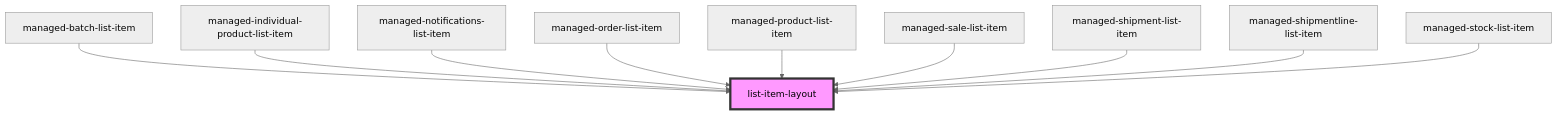
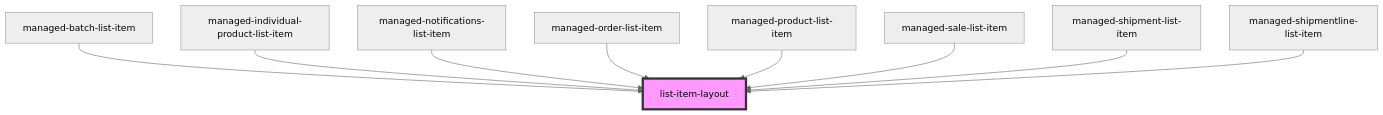
Before and after one commit to PharmaLedger-IMI/fgt-workspace: the diagram in pdm-web-components/src/components/list-item-layout/readme.md, drawn with Mermaid (neutral theme). The commit also changed other lines of this file and 4 other files, not shown here.

````diff
--- a/pdm-web-components/src/components/list-item-layout/readme.md
+++ b/pdm-web-components/src/components/list-item-layout/readme.md
@@ -34,13 +33,12 @@
 ```mermaid
 graph TD;
   managed-batch-list-item --> list-item-layout
   managed-individual-product-list-item --> list-item-layout
   managed-notifications-list-item --> list-item-layout
   managed-order-list-item --> list-item-layout
   managed-product-list-item --> list-item-layout
   managed-sale-list-item --> list-item-layout
   managed-shipment-list-item --> list-item-layout
   managed-shipmentline-list-item --> list-item-layout
-  managed-stock-list-item --> list-item-layout
   style list-item-layout fill:#f9f,stroke:#333,stroke-width:4px
 ```
````
